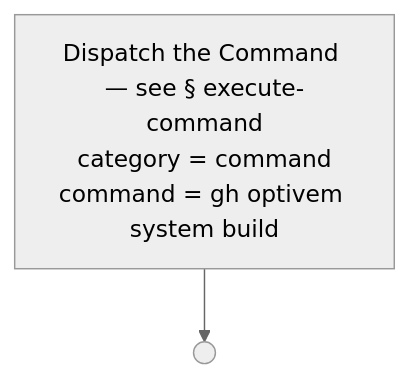
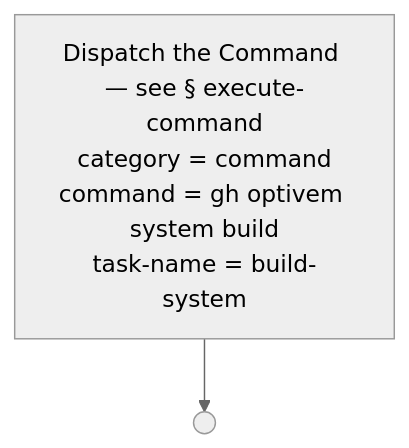
Diagram 38 of 51 in docs/process-diagram.md (optivem/gh-optivem), drawn with Mermaid (neutral theme) before and after one commit. The commit also changed other lines of this file and 6 other files, not shown here.

Commit message:
atdd: regenerate process-flow diagram

````diff
--- a/docs/process-diagram.md
+++ b/docs/process-diagram.md
@@ -701,7 +701,7 @@
 ```mermaid
 flowchart TD
-    EXECUTE_COMMAND["Dispatch the Command — see § execute-command<br/>category = command<br/>command = gh optivem system build"]
+    EXECUTE_COMMAND["Dispatch the Command — see § execute-command<br/>category = command<br/>command = gh optivem system build<br/>task-name = build-system"]
     BUILD_SYS_END(( ))
 
     EXECUTE_COMMAND --> BUILD_SYS_END
 ```
````
